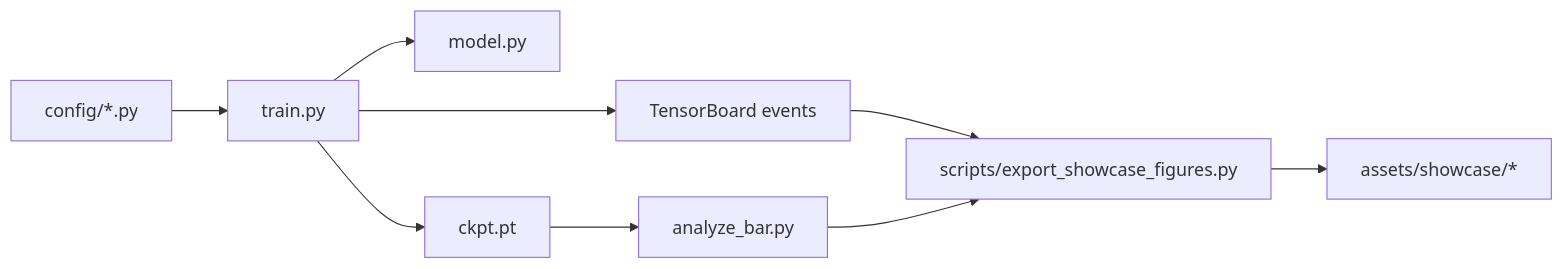
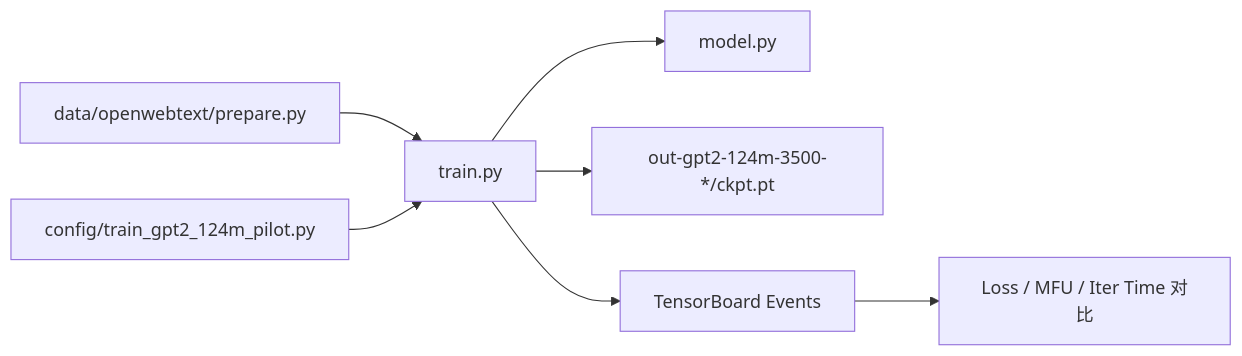
One commit to skywalkjian/nanoGPT changed the diagram in README.md. Above: the diagram before and after it, drawn with Mermaid. The commit also changed other lines of this file and 34 other files, not shown here.

````diff
--- a/README.md
+++ b/README.md
@@ -47,11 +81,9 @@
 ```mermaid
 flowchart LR
-    CFG[config/*.py] --> TRAIN[train.py]
+    DATA[data/openwebtext/prepare.py] --> TRAIN[train.py]
+    CFG[config/train_gpt2_124m_pilot.py] --> TRAIN
     TRAIN --> MODEL[model.py]
-    TRAIN --> EVENT[TensorBoard events]
-    TRAIN --> CKPT[ckpt.pt]
-    CKPT --> ANALYZE[analyze_bar.py]
-    EVENT --> EXPORT[scripts/export_showcase_figures.py]
-    ANALYZE --> EXPORT
-    EXPORT --> SHOWCASE[assets/showcase/*]
+    TRAIN --> CKPT[out-gpt2-124m-3500-*/ckpt.pt]
+    TRAIN --> TB[TensorBoard Events]
+    TB --> EVAL[Loss / MFU / Iter Time 对比]
 ```
````
